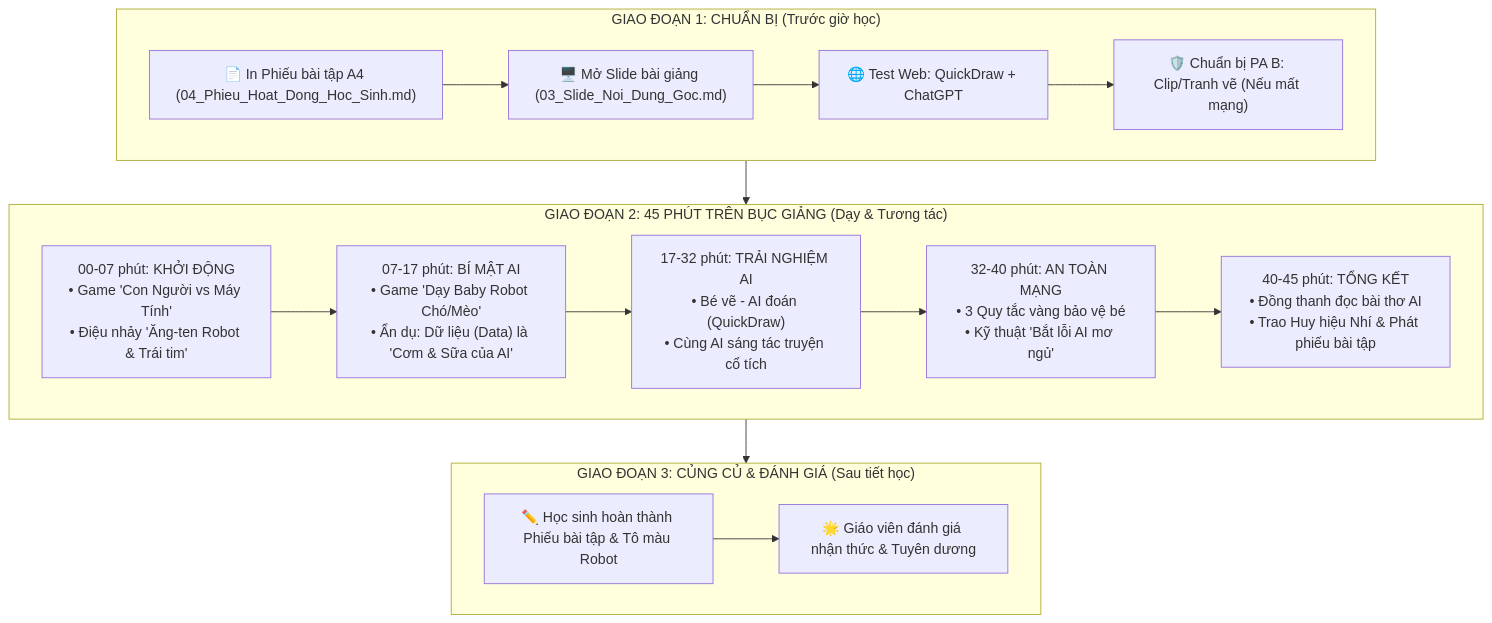
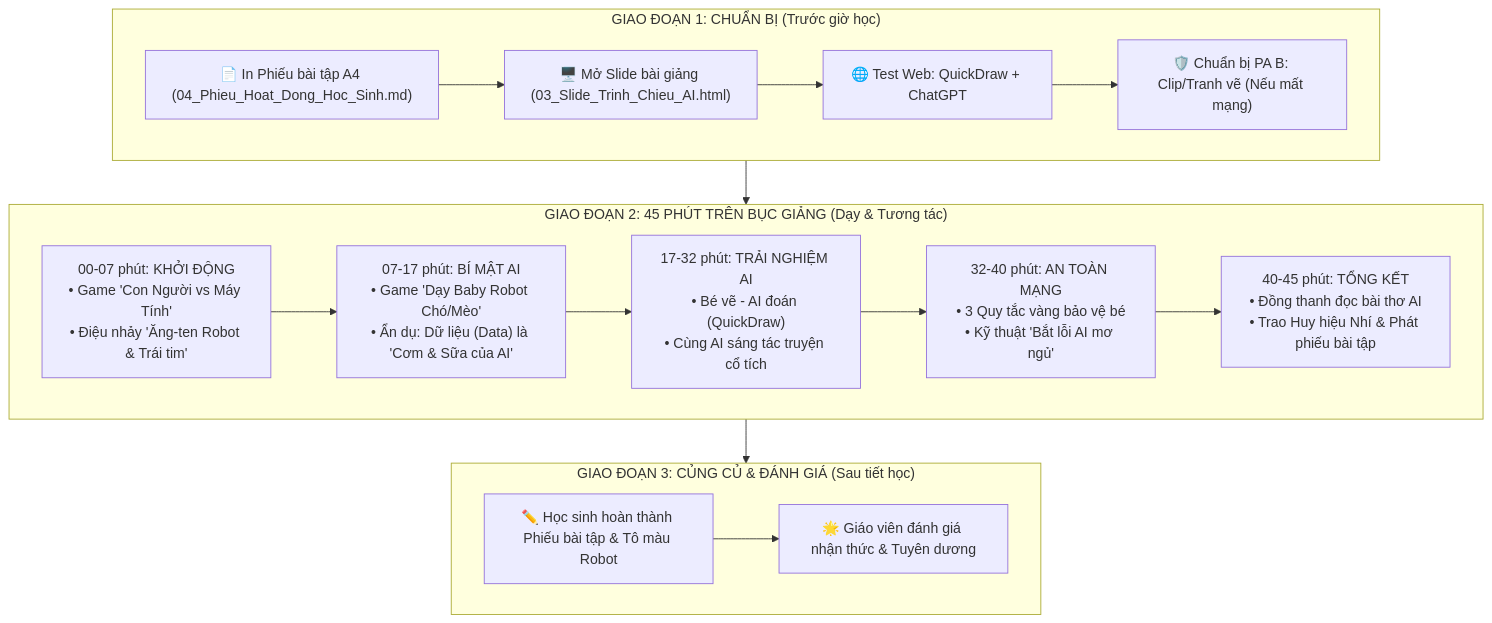
Before and after one commit to tranvanlong1999/AI: the diagram in 02_Bai_Giang_AI_Cho_Hoc_Sinh_Tieu_Hoc.md, drawn with Mermaid. The commit also changed other lines of this file, not shown here.

````diff
--- a/02_Bai_Giang_AI_Cho_Hoc_Sinh_Tieu_Hoc.md
+++ b/02_Bai_Giang_AI_Cho_Hoc_Sinh_Tieu_Hoc.md
@@ -9,22 +9,22 @@
 ```mermaid
 flowchart TD
     subgraph STAGE1 ["GIAO ĐOẠN 1: CHUẨN BỊ (Trước giờ học)"]
-        A1["📄 In Phiếu bài tập A4 (04_Phieu_Hoat_Dong_Hoc_Sinh.md)"] --> A2["🖥️ Mở Slide bài giảng (03_Slide_Noi_Dung_Goc.md)"]
+        A1["📄 In Phiếu bài tập A4 (04_Phieu_Hoat_Dong_Hoc_Sinh.md)"] --> A2["🖥️ Mở Slide bài giảng (03_Slide_Trinh_Chieu_AI.html)"]
         A2 --> A3["🌐 Test Web: QuickDraw + ChatGPT"]
         A3 --> A4["🛡️ Chuẩn bị PA B: Clip/Tranh vẽ (Nếu mất mạng)"]
     end
 
     subgraph STAGE2 ["GIAO ĐOẠN 2: 45 PHÚT TRÊN BỤC GIẢNG (Dạy & Tương tác)"]
         B1["00-07 phút: KHỞI ĐỘNG\n• Game 'Con Người vs Máy Tính'\n• Điệu nhảy 'Ăng-ten Robot & Trái tim'"] --> B2["07-17 phút: BÍ MẬT AI\n• Game 'Dạy Baby Robot Chó/Mèo'\n• Ẩn dụ: Dữ liệu (Data) là 'Cơm & Sữa của AI'"]
         B2 --> B3["17-32 phút: TRẢI NGHIỆM AI\n• Bé vẽ - AI đoán (QuickDraw)\n• Cùng AI sáng tác truyện cổ tích"]
         B3 --> B4["32-40 phút: AN TOÀN MẠNG\n• 3 Quy tắc vàng bảo vệ bé\n• Kỹ thuật 'Bắt lỗi AI mơ ngủ'"]
         B4 --> B5["40-45 phút: TỔNG KẾT\n• Đồng thanh đọc bài thơ AI\n• Trao Huy hiệu Nhí & Phát phiếu bài tập"]
     end
 
     subgraph STAGE3 ["GIAO ĐOẠN 3: CỦNG CỦ & ĐÁNH GIÁ (Sau tiết học)"]
         C1["✏️ Học sinh hoàn thành Phiếu bài tập & Tô màu Robot"] --> C2["🌟 Giáo viên đánh giá nhận thức & Tuyên dương"]
     end
 
     STAGE1 --> STAGE2
     STAGE2 --> STAGE3
 ```
````
